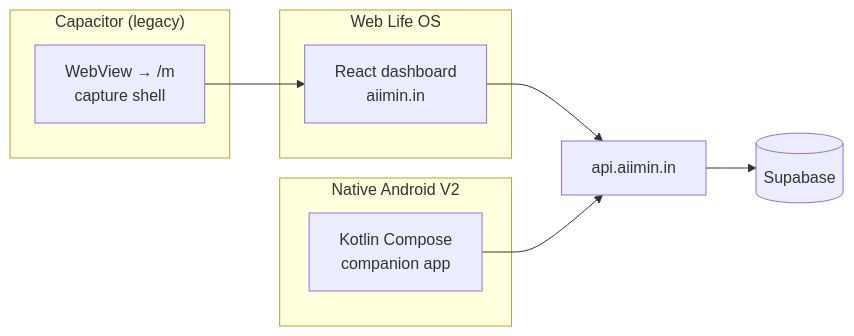
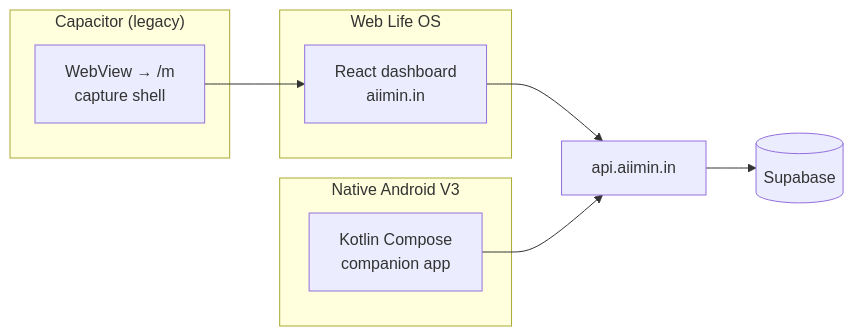
One commit to Addy48/AIIMIN changed the diagram in README.md. Above: the diagram before and after it, drawn with Mermaid. The commit also changed other lines of this file and 7178 other files, not shown here.

Commit message:
docs: update application architecture guide and route documentation

````diff
--- a/README.md
+++ b/README.md
@@ -24,18 +24,18 @@
 ```mermaid
 flowchart LR
   subgraph web["Web Life OS"]
     W[React dashboard<br/>aiimin.in]
   end
   subgraph cap["Capacitor (legacy)"]
     C[WebView → /m<br/>capture shell]
   end
-  subgraph nat["Native Android V2"]
+  subgraph nat["Native Android V3"]
     N[Kotlin Compose<br/>companion app]
   end
   API[api.aiimin.in]
   DB[(Supabase)]
   W --> API
   C --> W
   N --> API
   API --> DB
 ```
````
